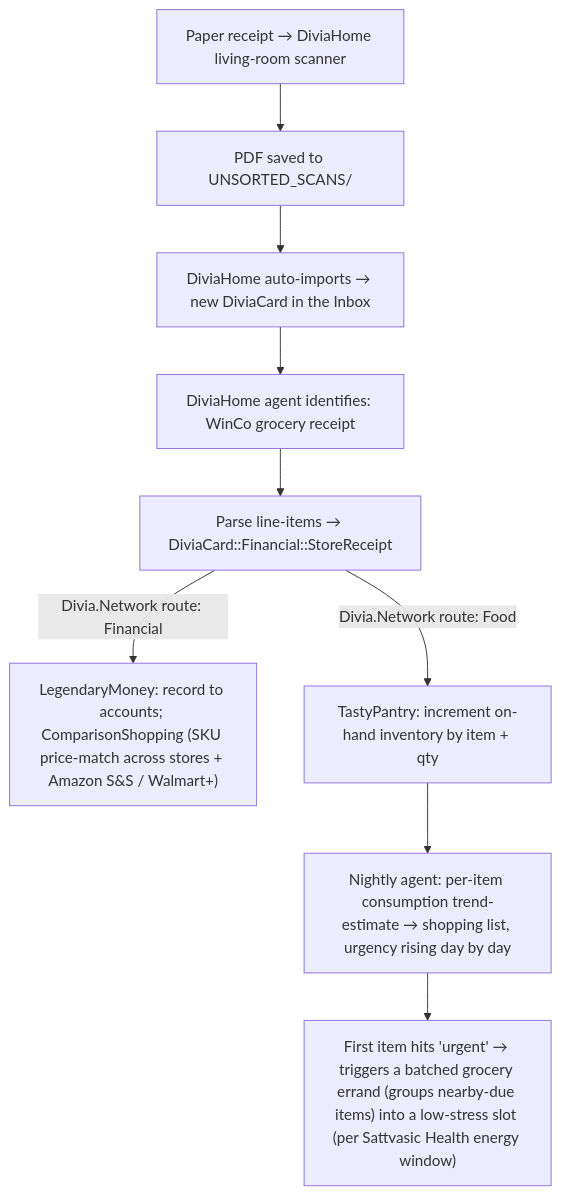
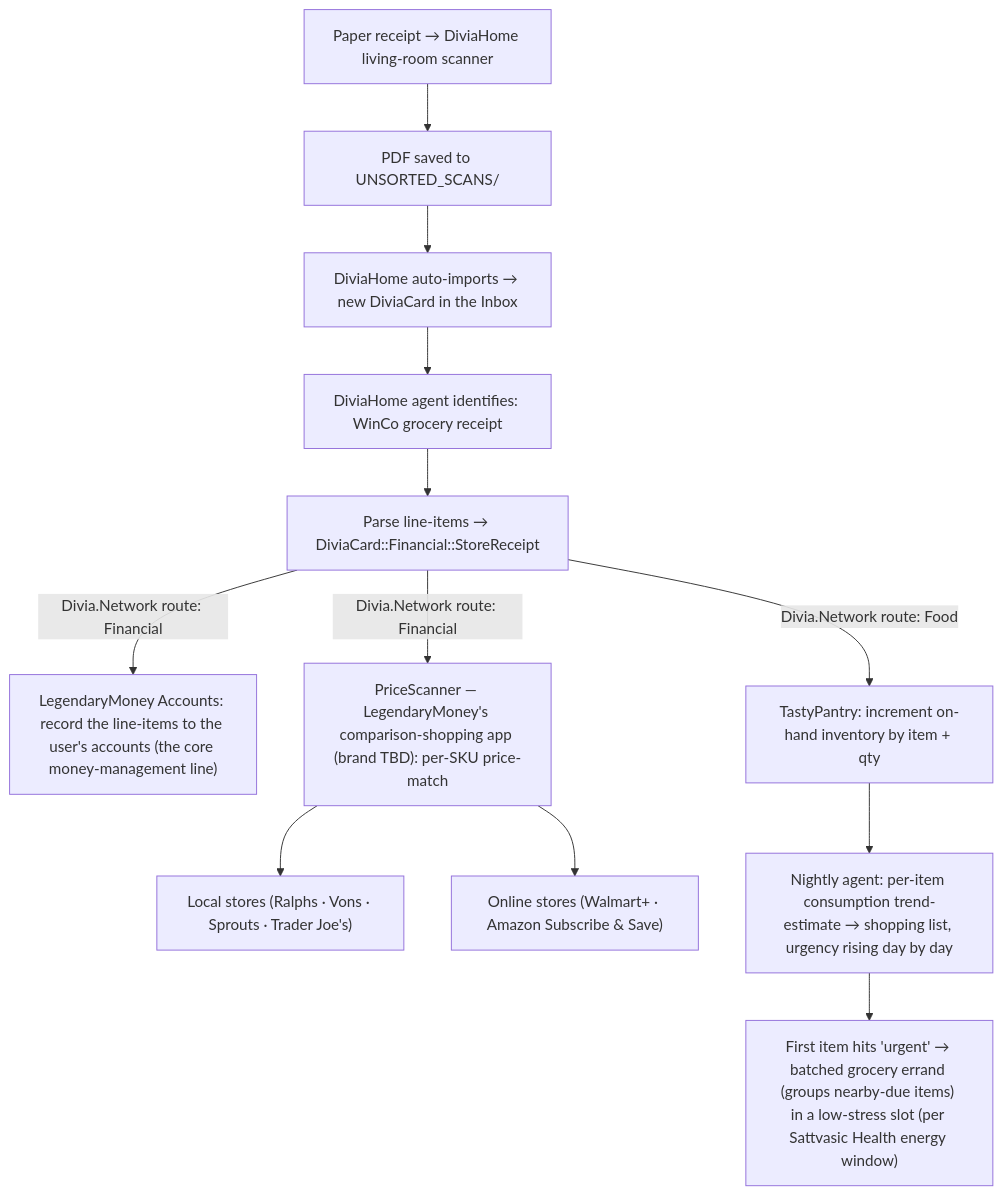
Before and after one commit to johnstanforth/claude-MetaProject: the diagram in _workflows/workflow_cross_venture_future_scenario.md, drawn with Mermaid. The commit also changed other lines of this file and 2 other files, not shown here.

````diff
--- a/_workflows/workflow_cross_venture_future_scenario.md
+++ b/_workflows/workflow_cross_venture_future_scenario.md
@@ -22,11 +22,14 @@
 ```mermaid
 flowchart TD
   R["Paper receipt → DiviaHome living-room scanner"] --> PDF["PDF saved to UNSORTED_SCANS/"]
   PDF --> INBOX["DiviaHome auto-imports → new DiviaCard in the Inbox"]
   INBOX --> AGENT["DiviaHome agent identifies: WinCo grocery receipt"]
   AGENT --> PARSE["Parse line-items → DiviaCard::Financial::StoreReceipt"]
-  PARSE -->|"Divia.Network route: Financial"| LM["LegendaryMoney: record to accounts; ComparisonShopping (SKU price-match across stores + Amazon S&S / Walmart+)"]
+  PARSE -->|"Divia.Network route: Financial"| LMA["LegendaryMoney Accounts: record the line-items to the user's accounts (the core money-management line)"]
+  PARSE -->|"Divia.Network route: Financial"| PS["PriceScanner — LegendaryMoney's comparison-shopping app (brand TBD): per-SKU price-match"]
+  PS --> B1["Local stores (Ralphs · Vons · Sprouts · Trader Joe's)"]
+  PS --> B2["Online stores (Walmart+ · Amazon Subscribe & Save)"]
   PARSE -->|"Divia.Network route: Food"| TP["TastyPantry: increment on-hand inventory by item + qty"]
   TP --> TREND["Nightly agent: per-item consumption trend-estimate → shopping list, urgency rising day by day"]
-  TREND --> ERRAND["First item hits 'urgent' → triggers a batched grocery errand (groups nearby-due items) into a low-stress slot (per Sattvasic Health energy window)"]
+  TREND --> ERRAND["First item hits 'urgent' → batched grocery errand (groups nearby-due items) in a low-stress slot (per Sattvasic Health energy window)"]
 ```
````
